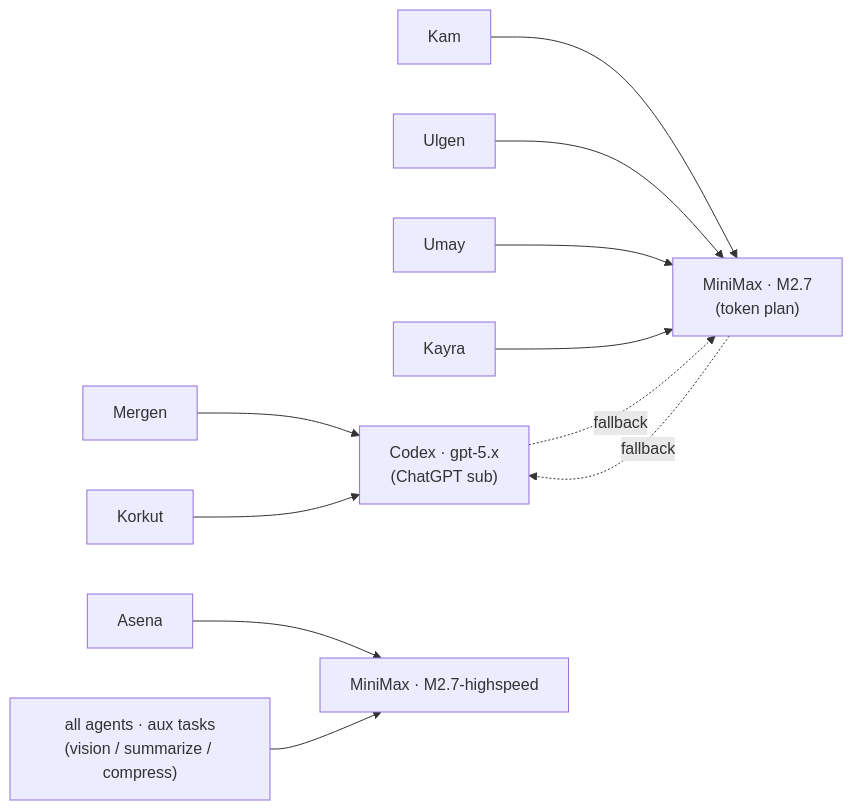
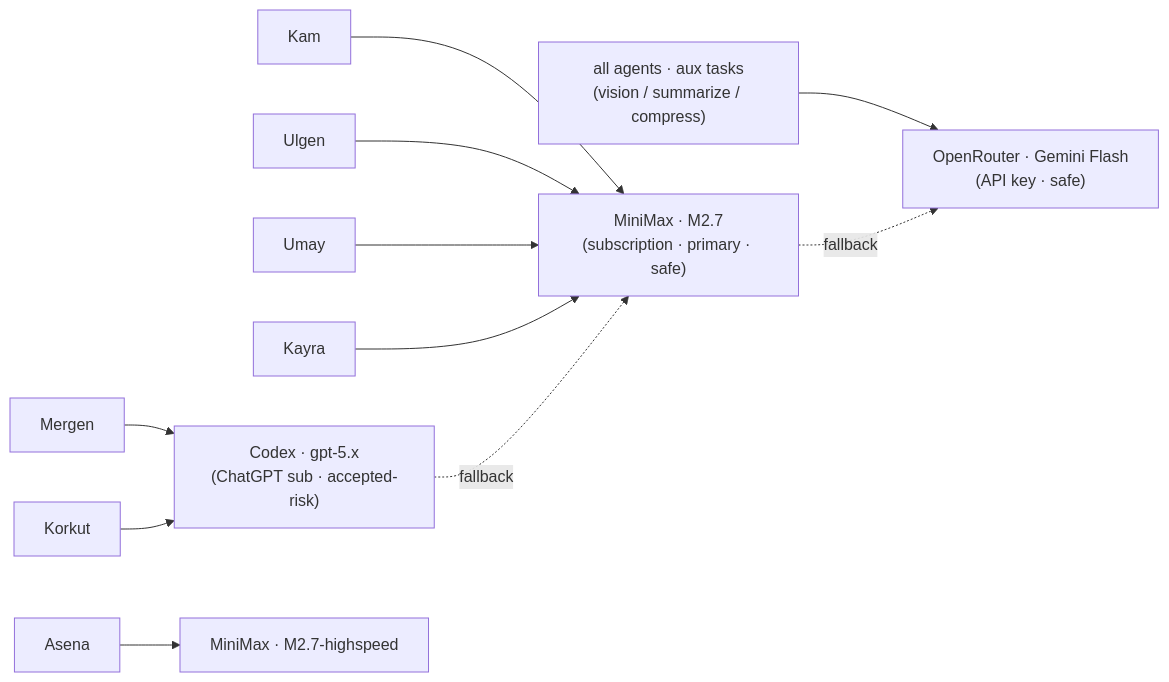
Before and after one commit to mpolatcan/hermes-setup: the diagram in docs/04-models.md, drawn with Mermaid. The commit also changed other lines of this file, not shown here.

First line of the commit message:
docs(models): rewrite to safe MiniMax-primary stack

````diff
--- a/docs/04-models.md
+++ b/docs/04-models.md
@@ -7,9 +7,9 @@
 ```mermaid
 flowchart LR
-    Mergen & Korkut --> gpt["Codex · gpt-5.x<br/>(ChatGPT sub)"]
-    Kam & Ulgen & Umay & Kayra --> m["MiniMax · M2.7<br/>(token plan)"]
+    Mergen & Korkut --> codex["Codex · gpt-5.x<br/>(ChatGPT sub · accepted-risk)"]
+    Kam & Ulgen & Umay & Kayra --> mini["MiniMax · M2.7<br/>(subscription · primary · safe)"]
     Asena --> mhs["MiniMax · M2.7-highspeed"]
-    aux["all agents · aux tasks<br/>(vision / summarize / compress)"] --> mhs
-    gpt -. fallback .-> m
-    m -. fallback .-> gpt
+    aux["all agents · aux tasks<br/>(vision / summarize / compress)"] --> or["OpenRouter · Gemini Flash<br/>(API key · safe)"]
+    codex -. fallback .-> mini
+    mini -. fallback .-> or
 ```
````
